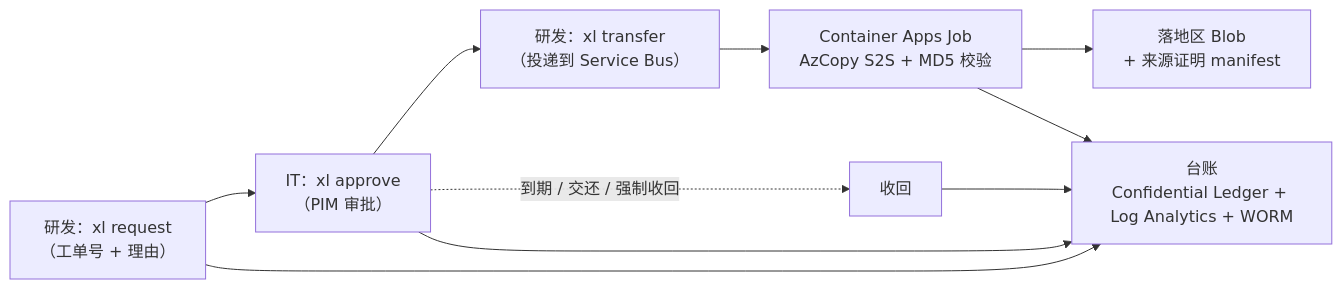
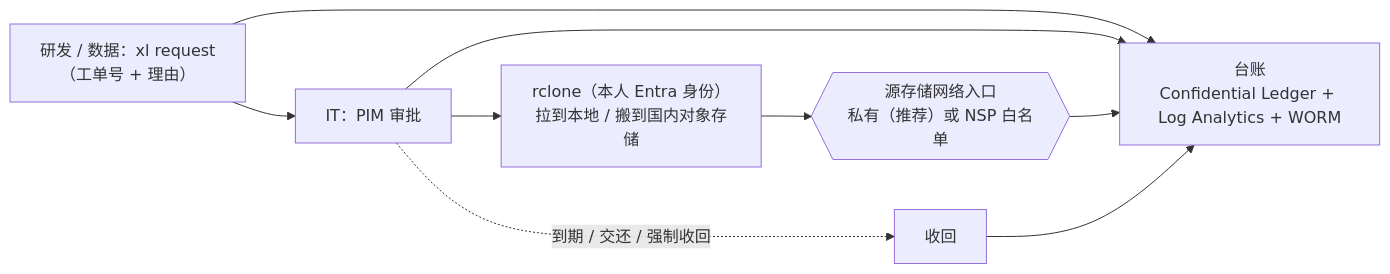
The diagram in README.md (wukong121/cross-ledger), drawn with Mermaid before and after one commit. The commit also changed other lines of this file and 73 other files, not shown here.

````diff
--- a/README.md
+++ b/README.md
@@ -22,9 +22,8 @@
 ```mermaid
 flowchart LR
-  A["研发：xl request<br/>（工单号 + 理由）"] --> B["IT：xl approve<br/>（PIM 审批）"]
-  B --> C["研发：xl transfer<br/>（投递到 Service Bus）"]
-  C --> D["Container Apps Job<br/>AzCopy S2S + MD5 校验"]
-  D --> E["落地区 Blob<br/>+ 来源证明 manifest"]
+  A["研发 / 数据：xl request<br/>（工单号 + 理由）"] --> B["IT：PIM 审批"]
+  B --> C["rclone（本人 Entra 身份）<br/>拉到本地 / 搬到国内对象存储"]
+  C --> N{{"源存储网络入口<br/>私有（推荐）或 NSP 白名单"}}
   B -. 到期 / 交还 / 强制收回 .-> F["收回"]
-  A & B & D & F --> L["台账<br/>Confidential Ledger + Log Analytics + WORM"]
+  A & B & N & F --> L["台账<br/>Confidential Ledger + Log Analytics + WORM"]
 ```
````
